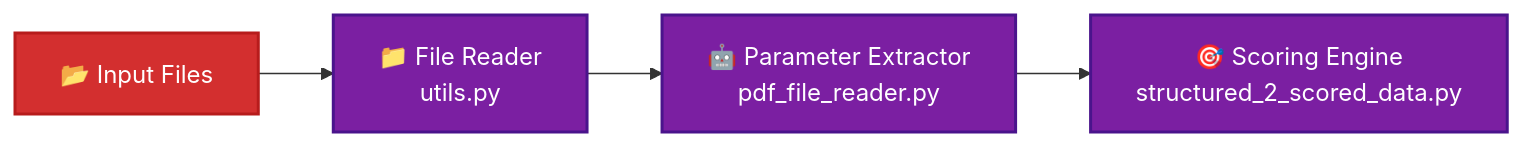
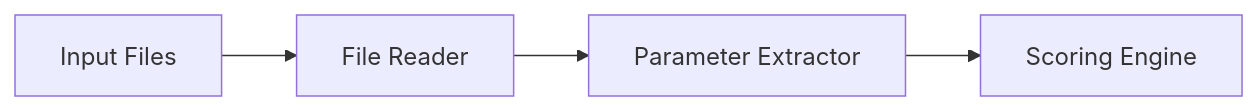
The third of 9 diagrams in README.md (Pooja-Vishnoi/GenAI_Hackathon), drawn with Mermaid before and after one commit. The commit also changed other lines of this file, not shown here.

Commit message:
GitHub-Compatible Mermaid Fixes

````diff
--- a/README.md
+++ b/README.md
@@ -81,11 +72,6 @@
 ```mermaid
 graph LR
-    INPUT[📂 Input Files] --> RF[📁 File Reader<br/>utils.py]
-    RF --> PE[🤖 Parameter Extractor<br/>pdf_file_reader.py]
-    PE --> SC[🎯 Scoring Engine<br/>structured_2_scored_data.py]
-    
-    style INPUT fill:#d32f2f,color:#ffffff,stroke:#b71c1c,stroke-width:2px
-    style RF fill:#7b1fa2,color:#ffffff,stroke:#4a148c,stroke-width:2px
-    style PE fill:#7b1fa2,color:#ffffff,stroke:#4a148c,stroke-width:2px
-    style SC fill:#7b1fa2,color:#ffffff,stroke:#4a148c,stroke-width:2px
+    INPUT[Input Files] --> RF[File Reader]
+    RF --> PE[Parameter Extractor]
+    PE --> SC[Scoring Engine]
 ```
````
